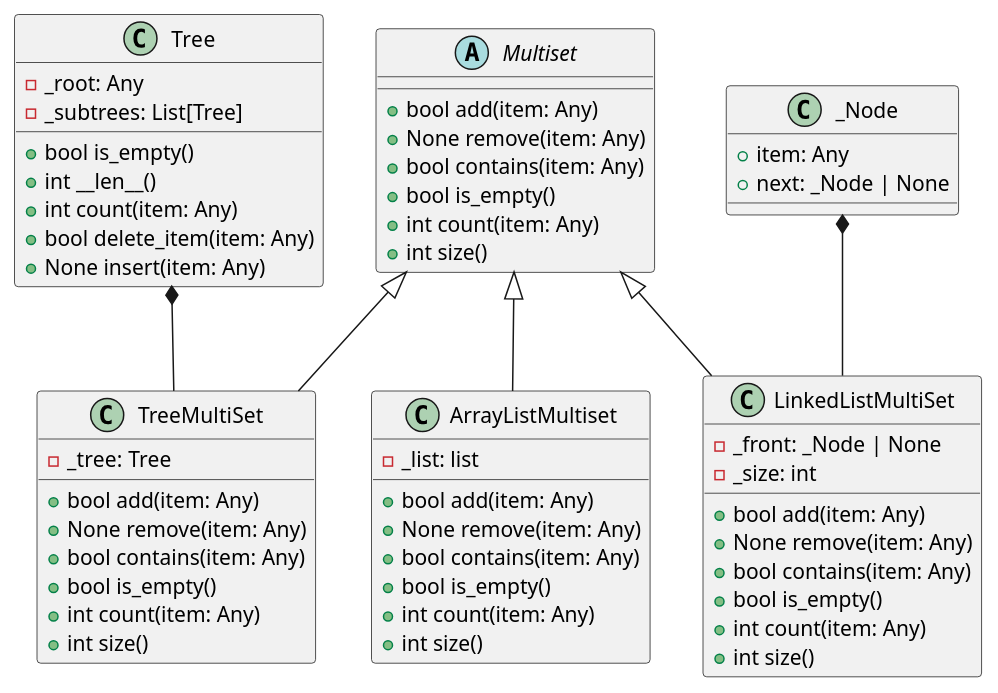
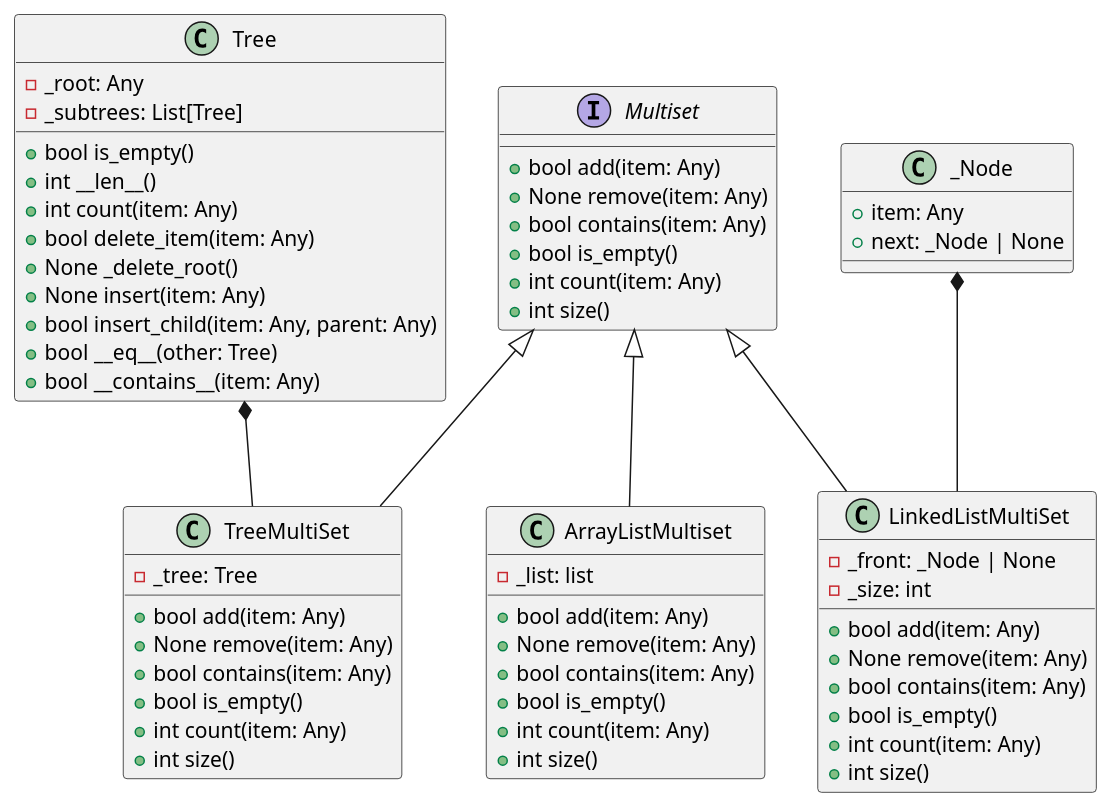
Before and after one commit to AliceBaker73/CSC207_multiset-adt: the diagram in python/adts_uml.puml, drawn with PlantUML.

Commit message:
UML diagram

```diff
--- a/python/adts_uml.puml
+++ b/python/adts_uml.puml
@@ -1,75 +1,79 @@
 @startuml
 'https://plantuml.com/class-diagram
 
-Abstract class Multiset {
+interface Multiset {
 
 +bool add(item: Any)
 +None remove(item: Any)
 +bool contains(item: Any)
 +bool is_empty()
 +int count(item: Any)
 +int size()
+
 }
 
 class Tree {
 -_root: Any
 -_subtrees: List[Tree]
 
 +bool is_empty()
 +int __len__()
 +int count(item: Any)
 +bool delete_item(item: Any)
++None _delete_root()
 +None insert(item: Any)
-
++bool insert_child(item: Any, parent: Any)
++bool __eq__(other: Tree)
++bool __contains__(item: Any)
 }
 
 class TreeMultiSet {
 -_tree: Tree
 
 +bool add(item: Any)
 +None remove(item: Any)
 +bool contains(item: Any)
 +bool is_empty()
 +int count(item: Any)
 +int size()
 }
 
 class ArrayListMultiset{
 -_list: list
 
 +bool add(item: Any)
 +None remove(item: Any)
 +bool contains(item: Any)
 +bool is_empty()
 +int count(item: Any)
 +int size()
 }
 
 class LinkedListMultiSet {
 -_front: _Node | None
 -_size: int
 
 +bool add(item: Any)
 +None remove(item: Any)
 +bool contains(item: Any)
 +bool is_empty()
 +int count(item: Any)
 +int size()
 
 }
 
 class _Node {
 +item: Any
 +next: _Node | None
 
 }
 
 
 Multiset <|-- TreeMultiSet
 Multiset <|-- ArrayListMultiset
 Multiset <|-- LinkedListMultiSet
 _Node *-- LinkedListMultiSet
 Tree *-- TreeMultiSet
 
 
 @enduml
```
